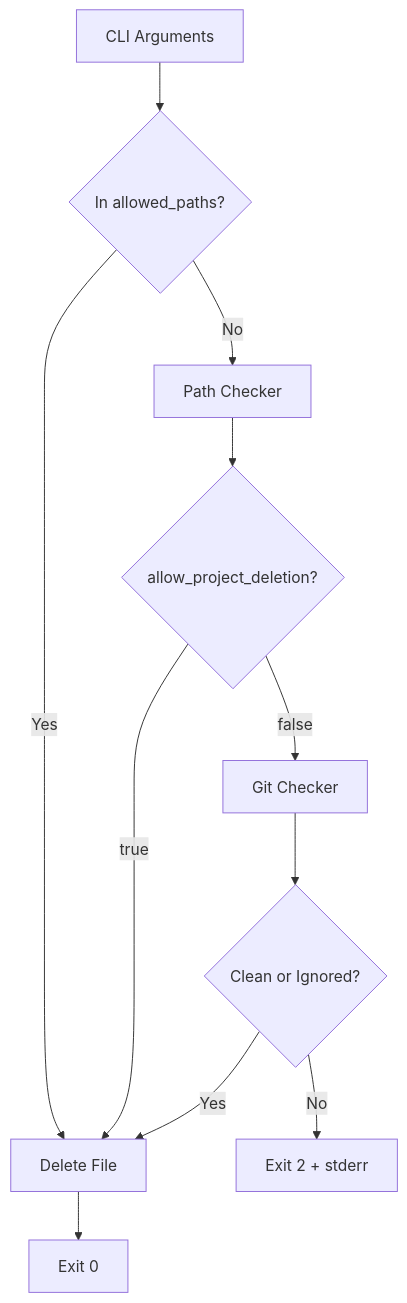
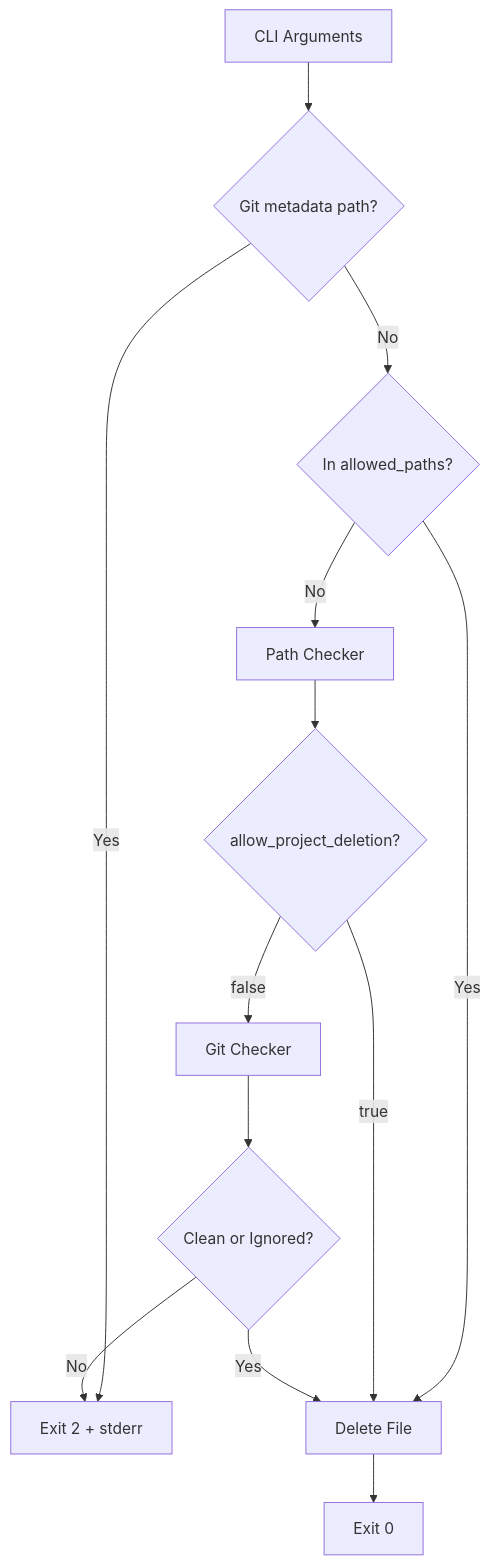
One commit to owayo/safe-rm changed the first of 3 diagrams in README.md. Above: the diagram before and after it, drawn with Mermaid. The commit also changed other lines of this file and 8 other files, not shown here.

````diff
--- a/README.md
+++ b/README.md
@@ -165,13 +166,15 @@
 ```mermaid
 flowchart TB
-    CLI[CLI Arguments] --> ConfigCheck{In allowed_paths?}
+    CLI[CLI Arguments] --> GitMetaCheck{Git metadata path?}
+    GitMetaCheck -->|Yes| Exit2[Exit 2 + stderr]
+    GitMetaCheck -->|No| ConfigCheck{In allowed_paths?}
     ConfigCheck -->|Yes| Delete[Delete File]
     ConfigCheck -->|No| PathCheck[Path Checker]
     PathCheck --> ProjectCheck{allow_project_deletion?}
     ProjectCheck -->|true| Delete
     ProjectCheck -->|false| GitCheck[Git Checker]
     GitCheck --> Result{Clean or Ignored?}
     Result -->|Yes| Delete
-    Result -->|No| Exit2[Exit 2 + stderr]
+    Result -->|No| Exit2
     Delete --> Exit0[Exit 0]
 ```
````
